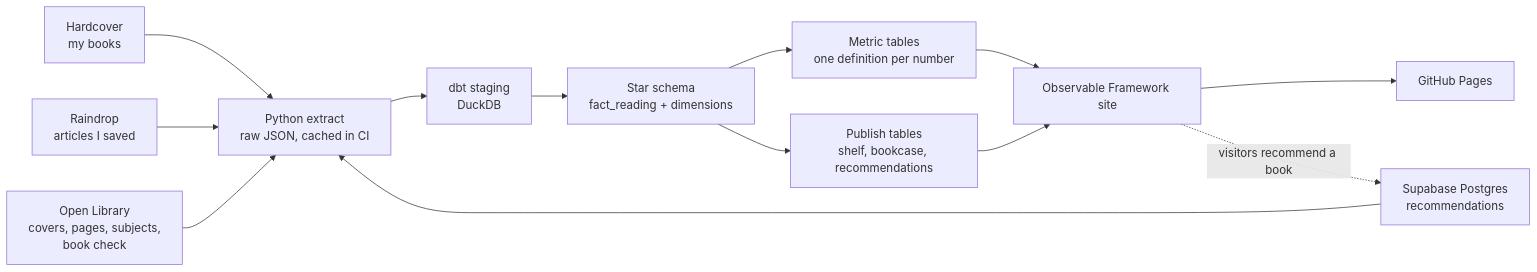
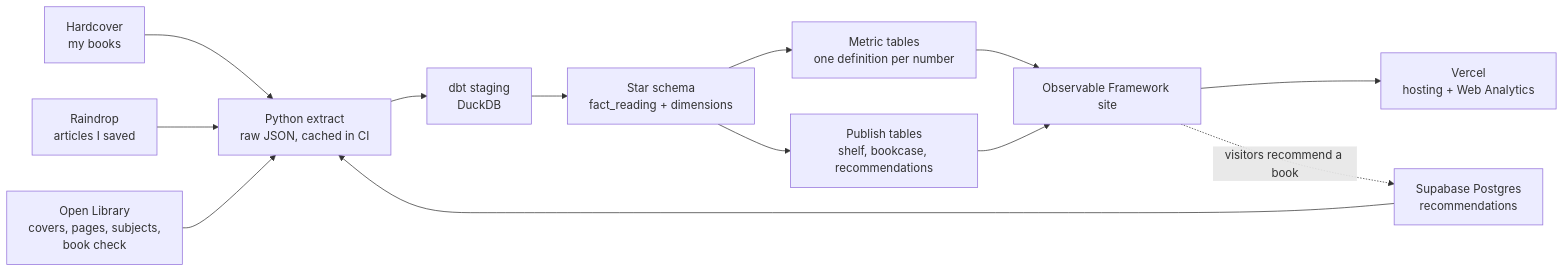
The diagram in README.md (surbhi-bhor/reading-library), drawn with Mermaid before and after one commit. The commit also changed other lines of this file and 6 other files, not shown here.

First line of the commit message:
ci: host on Vercel with Web Analytics instead of GitHub Pages

````diff
--- a/README.md
+++ b/README.md
@@ -11,15 +11,15 @@
 ```mermaid
 flowchart LR
   HC["Hardcover<br>my books"] --> EX["Python extract<br>raw JSON, cached in CI"]
   RD["Raindrop<br>articles I saved"] --> EX
   SB["Supabase Postgres<br>recommendations"] --> EX
   OL["Open Library<br>covers, pages, subjects,<br>book check"] --> EX
   EX --> STG["dbt staging<br>DuckDB"]
   STG --> MART["Star schema<br>fact_reading + dimensions"]
   MART --> MET["Metric tables<br>one definition per number"]
   MART --> PUB["Publish tables<br>shelf, bookcase, recommendations"]
   MET --> SITE["Observable Framework site"]
   PUB --> SITE
-  SITE --> GP["GitHub Pages"]
+  SITE --> GP["Vercel<br>hosting + Web Analytics"]
   SITE -. "visitors recommend a book" .-> SB
 ```
````
